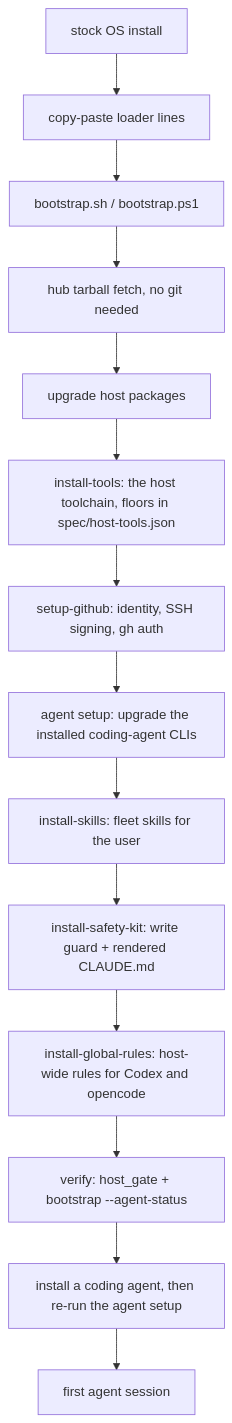
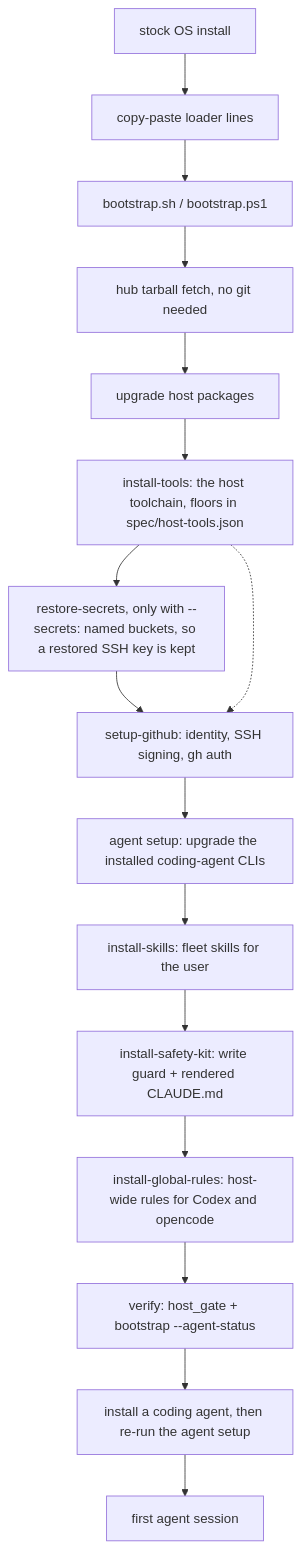
One commit to ptr727/ProjectTemplate changed the second of 5 diagrams in docs/fleet-map.md. Above: the diagram before and after it, drawn with Mermaid. The commit also changed 12 other files, not shown here.

First line of the commit message:
Restore Secret Buckets From the Bootstrap Before the GitHub Step

````diff
--- a/docs/fleet-map.md
+++ b/docs/fleet-map.md
@@ -77,16 +77,18 @@
 ```mermaid
 flowchart TD
   os["stock OS install"] --> paste["copy-paste loader lines"]
   paste --> boot["bootstrap.sh / bootstrap.ps1"]
   boot --> fetch["hub tarball fetch, no git needed"]
   fetch --> upgrade["upgrade host packages"]
   upgrade --> tools["install-tools: the host toolchain, floors in spec/host-tools.json"]
-  tools --> github["setup-github: identity, SSH signing, gh auth"]
+  tools --> secrets["restore-secrets, only with --secrets: named buckets, so a restored SSH key is kept"]
+  secrets --> github["setup-github: identity, SSH signing, gh auth"]
+  tools -.-> github
   github --> agenttools["agent setup: upgrade the installed coding-agent CLIs"]
   agenttools --> skillsinstall["install-skills: fleet skills for the user"]
   skillsinstall --> safety["install-safety-kit: write guard + rendered CLAUDE.md"]
   safety --> rules["install-global-rules: host-wide rules for Codex and opencode"]
   rules --> verify["verify: host_gate + bootstrap --agent-status"]
   verify --> agent["install a coding agent, then re-run the agent setup"]
   agent --> session["first agent session"]
 ```
````
